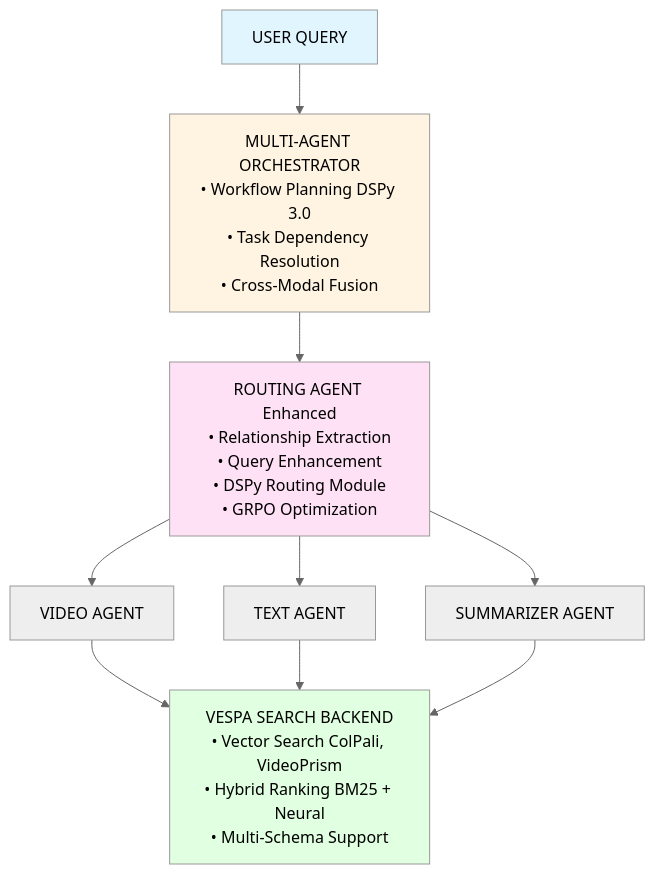
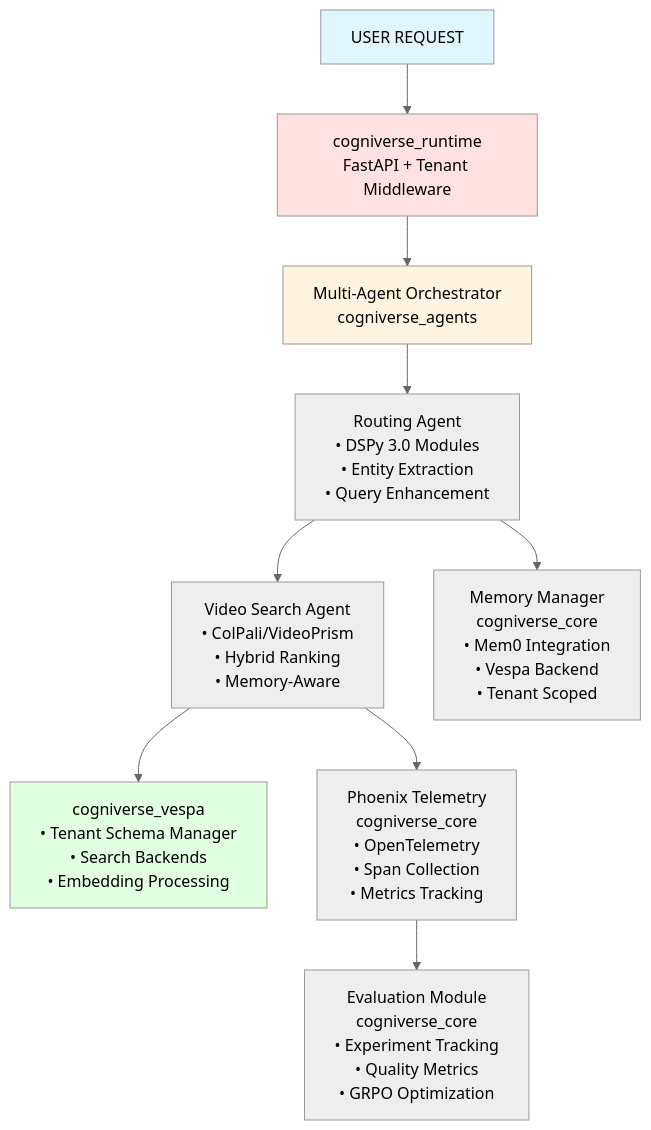
The fifth of 6 diagrams in docs/architecture/overview.md (amit-jain/cogniverse), drawn with Mermaid (neutral theme) before and after one commit. The commit also changed other lines of this file and 25 other files, not shown here.

````diff
--- a/docs/architecture/overview.md
+++ b/docs/architecture/overview.md
@@ -44,23 +357,23 @@
 ```mermaid
 graph TB
-    User[USER QUERY] --> Orchestrator
+    User[USER REQUEST] --> Runtime[cogniverse_runtime<br/>FastAPI + Tenant Middleware]
 
-    Orchestrator["MULTI-AGENT ORCHESTRATOR<br/>• Workflow Planning DSPy 3.0<br/>• Task Dependency Resolution<br/>• Cross-Modal Fusion"]
+    Runtime --> Orchestrator[Multi-Agent Orchestrator<br/>cogniverse_agents]
 
-    Orchestrator --> Routing["ROUTING AGENT Enhanced<br/>• Relationship Extraction<br/>• Query Enhancement<br/>• DSPy Routing Module<br/>• GRPO Optimization"]
+    Orchestrator --> Routing[Routing Agent<br/>• DSPy 3.0 Modules<br/>• Entity Extraction<br/>• Query Enhancement]
 
-    Routing --> VideoAgent[VIDEO AGENT]
-    Routing --> TextAgent[TEXT AGENT]
-    Routing --> SummAgent[SUMMARIZER AGENT]
+    Routing --> VideoAgent[Video Search Agent<br/>• ColPali/VideoPrism<br/>• Hybrid Ranking<br/>• Memory-Aware]
 
-    VideoAgent --> Vespa
-    TextAgent --> Vespa
-    SummAgent --> Vespa
+    VideoAgent --> Vespa[cogniverse_vespa<br/>• Tenant Schema Manager<br/>• Search Backends<br/>• Embedding Processing]
 
-    Vespa["VESPA SEARCH BACKEND<br/>• Vector Search ColPali, VideoPrism<br/>• Hybrid Ranking BM25 + Neural<br/>• Multi-Schema Support"]
+    Routing --> Memory[Memory Manager<br/>cogniverse_core<br/>• Mem0 Integration<br/>• Vespa Backend<br/>• Tenant Scoped]
+
+    VideoAgent --> Phoenix[Phoenix Telemetry<br/>cogniverse_core<br/>• OpenTelemetry<br/>• Span Collection<br/>• Metrics Tracking]
+
+    Phoenix --> Evaluation[Evaluation Module<br/>cogniverse_core<br/>• Experiment Tracking<br/>• Quality Metrics<br/>• GRPO Optimization]
 
     style User fill:#e1f5ff
+    style Runtime fill:#ffe1e1
     style Orchestrator fill:#fff4e1
-    style Routing fill:#ffe1f5
     style Vespa fill:#e1ffe1
 ```
````
